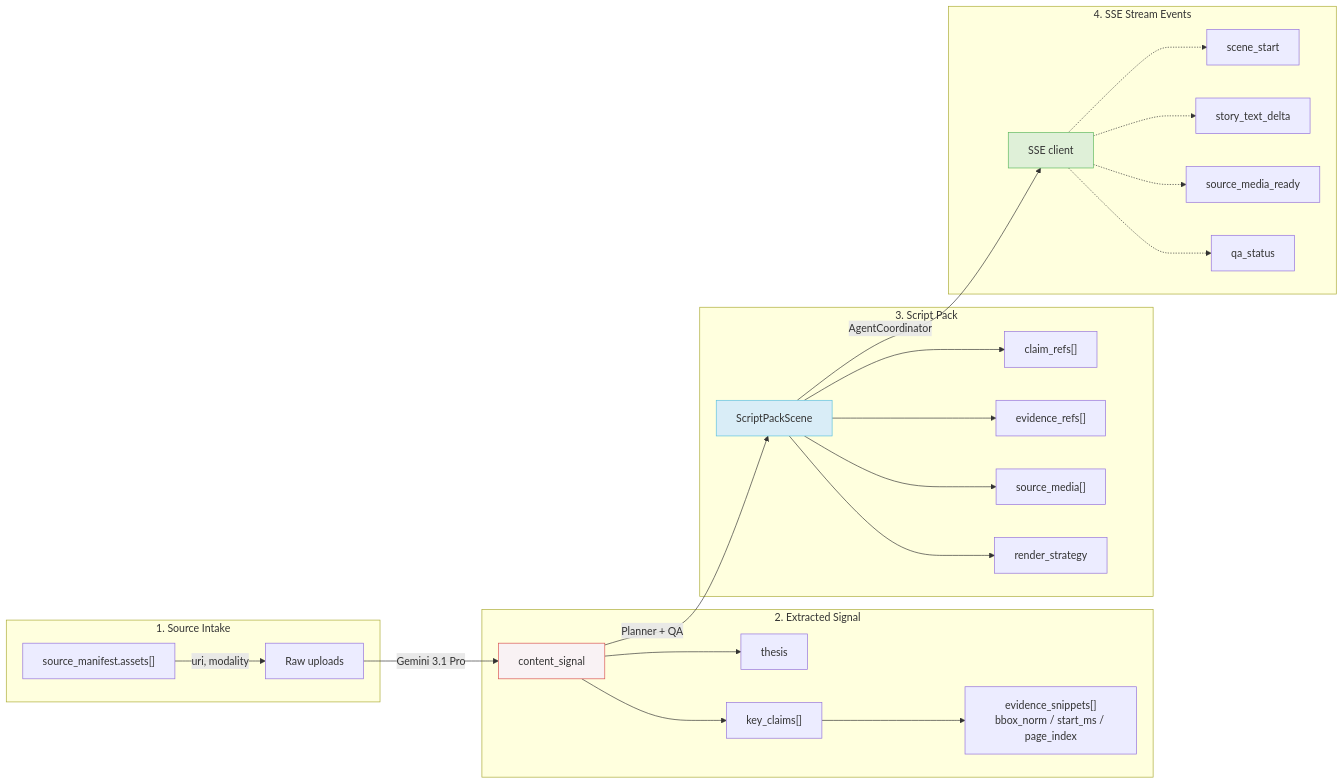
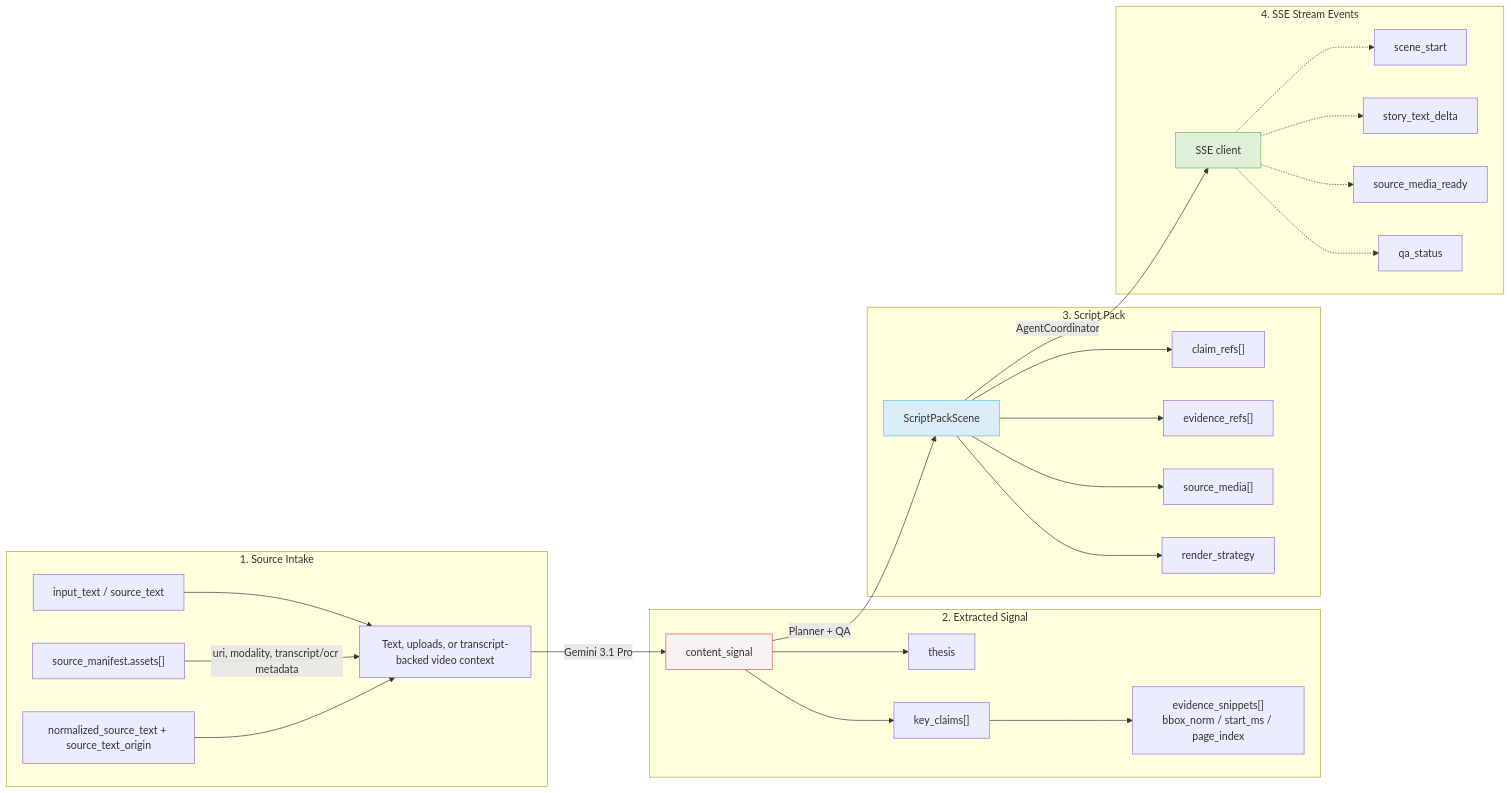
One commit to Silveroboros-dev/ExplainFlow changed the second of 2 diagrams in docs/architecture.md. Above: the diagram before and after it, drawn with Mermaid. The commit also changed other lines of this file, not shown here.

Commit message:
Refine architecture intake contracts and flow notes

````diff
--- a/docs/architecture.md
+++ b/docs/architecture.md
@@ -102,49 +106,53 @@
 ```mermaid
 flowchart LR
     subgraph INTAKE["1. Source Intake"]
-        A["source_manifest.assets[]"]
-        B["Raw uploads"]
-        A -->|"uri, modality"| B
+        A["input_text / source_text"]
+        B["source_manifest.assets[]"]
+        C["normalized_source_text + source_text_origin"]
+        D["Text, uploads, or transcript-backed video context"]
+        A --> D
+        B -->|"uri, modality, transcript/ocr metadata"| D
+        C --> D
     end
 
     subgraph SIGNAL["2. Extracted Signal"]
-        C["content_signal"]
-        D["thesis"]
-        E["key_claims[]"]
-        F["evidence_snippets[]\nbbox_norm / start_ms / page_index"]
-        B -->|"Gemini 3.1 Pro"| C
-        C --> D
-        C --> E
+        E["content_signal"]
+        F["thesis"]
+        G["key_claims[]"]
+        H["evidence_snippets[]\nbbox_norm / start_ms / page_index"]
+        D -->|"Gemini 3.1 Pro"| E
         E --> F
+        E --> G
+        G --> H
     end
 
     subgraph PACK["3. Script Pack"]
-        G["ScriptPackScene"]
-        H["claim_refs[]"]
-        I["evidence_refs[]"]
-        J["source_media[]"]
-        K["render_strategy"]
-        C -->|"Planner + QA"| G
-        G --> H
-        G --> I
-        G --> J
-        G --> K
+        I["ScriptPackScene"]
+        J["claim_refs[]"]
+        K["evidence_refs[]"]
+        L["source_media[]"]
+        M["render_strategy"]
+        E -->|"Planner + QA"| I
+        I --> J
+        I --> K
+        I --> L
+        I --> M
     end
 
     subgraph STREAM["4. SSE Stream Events"]
-        L["SSE client"]
-        M["scene_start"]
-        N["story_text_delta"]
-        O["source_media_ready"]
-        P["qa_status"]
-        G -->|"AgentCoordinator"| L
-        L -.-> M
-        L -.-> N
-        L -.-> O
-        L -.-> P
+        N["SSE client"]
+        O["scene_start"]
+        P["story_text_delta"]
+        Q["source_media_ready"]
+        R["qa_status"]
+        I -->|"AgentCoordinator"| N
+        N -.-> O
+        N -.-> P
+        N -.-> Q
+        N -.-> R
     end
 
-    style C fill:#f9f2f4,stroke:#d9534f
-    style G fill:#d9edf7,stroke:#5bc0de
-    style L fill:#dff0d8,stroke:#5cb85c
+    style E fill:#f9f2f4,stroke:#d9534f
+    style I fill:#d9edf7,stroke:#5bc0de
+    style N fill:#dff0d8,stroke:#5cb85c
 ```
````
